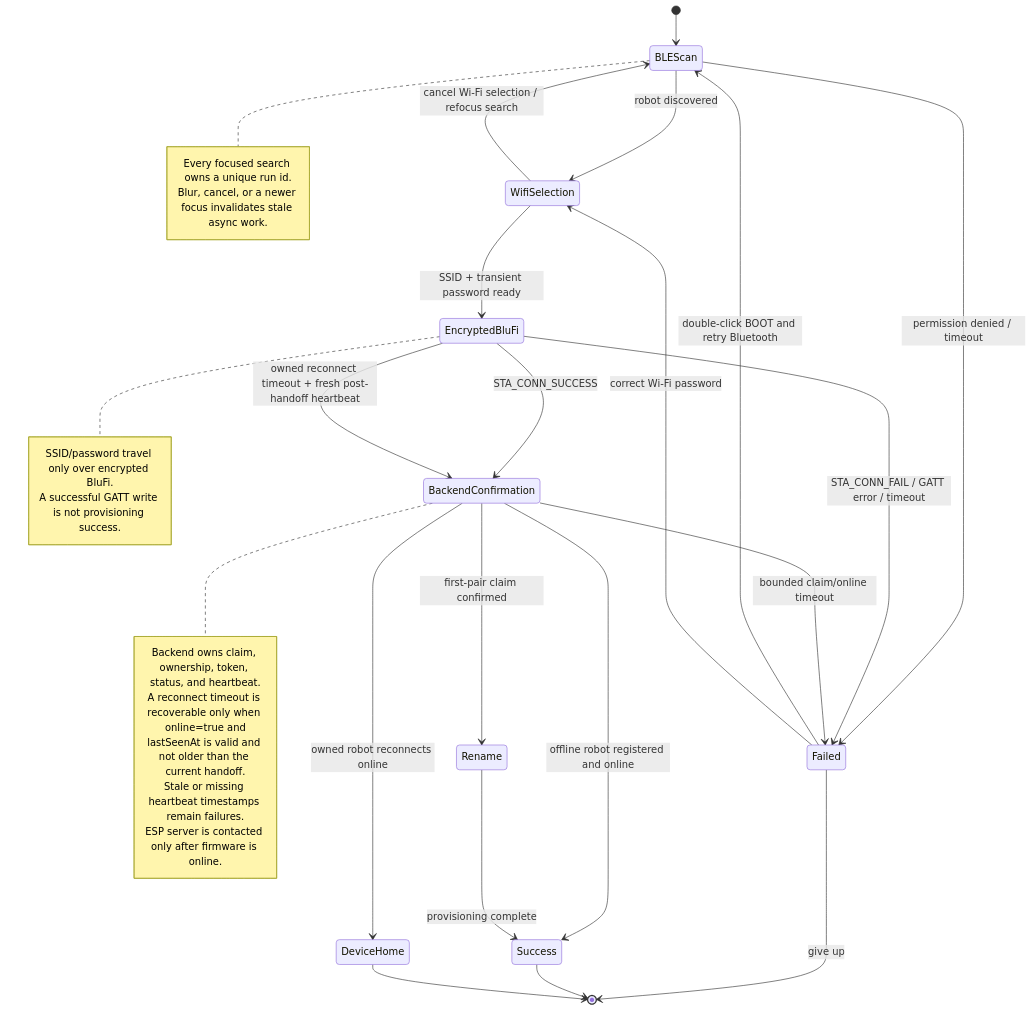
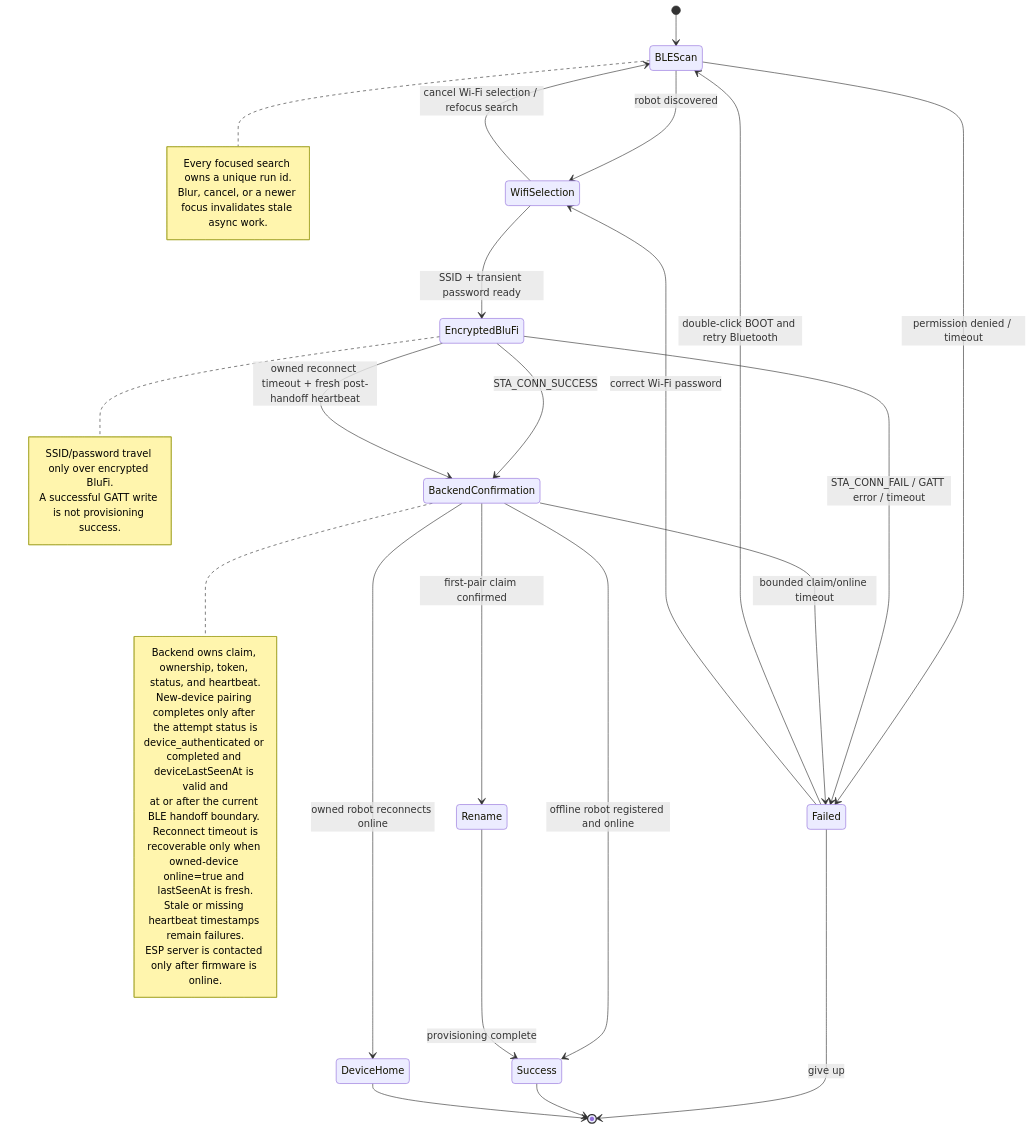
The diagram in migrate-ui-ux-to-mobile-app-docs/state-machines/device-pairing.state.mmd (JSR-Algo/TJBOT-Mobile), drawn with Mermaid before and after one commit. The commit also changed 7 other files, not shown here.

Commit message:
fix pairing handoff freshness boundary

```diff
--- a/migrate-ui-ux-to-mobile-app-docs/state-machines/device-pairing.state.mmd
+++ b/migrate-ui-ux-to-mobile-app-docs/state-machines/device-pairing.state.mmd
@@ -1,37 +1,39 @@
 stateDiagram-v2
     [*] --> BLEScan
     BLEScan --> WifiSelection: robot discovered
     BLEScan --> Failed: permission denied / timeout
     WifiSelection --> BLEScan: cancel Wi-Fi selection / refocus search
     WifiSelection --> EncryptedBluFi: SSID + transient password ready
     EncryptedBluFi --> Failed: STA_CONN_FAIL / GATT error / timeout
     EncryptedBluFi --> BackendConfirmation: STA_CONN_SUCCESS
     EncryptedBluFi --> BackendConfirmation: owned reconnect timeout + fresh post-handoff heartbeat
     BackendConfirmation --> Rename: first-pair claim confirmed
     BackendConfirmation --> Success: offline robot registered and online
     BackendConfirmation --> DeviceHome: owned robot reconnects online
     BackendConfirmation --> Failed: bounded claim/online timeout
     Failed --> BLEScan: double-click BOOT and retry Bluetooth
     Failed --> WifiSelection: correct Wi-Fi password
     Failed --> [*]: give up
     Rename --> Success: provisioning complete
     Success --> [*]
     DeviceHome --> [*]
 
     note right of EncryptedBluFi
       SSID/password travel only over encrypted BluFi.
       A successful GATT write is not provisioning success.
     end note
 
     note right of BackendConfirmation
       Backend owns claim, ownership, token, status, and heartbeat.
-      A reconnect timeout is recoverable only when online=true and
-      lastSeenAt is valid and not older than the current handoff.
+      New-device pairing completes only after the attempt status is
+      device_authenticated or completed and deviceLastSeenAt is valid and
+      at or after the current BLE handoff boundary. Reconnect timeout is
+      recoverable only when owned-device online=true and lastSeenAt is fresh.
       Stale or missing heartbeat timestamps remain failures.
       ESP server is contacted only after firmware is online.
     end note
 
     note right of BLEScan
       Every focused search owns a unique run id.
       Blur, cancel, or a newer focus invalidates stale async work.
     end note
```
